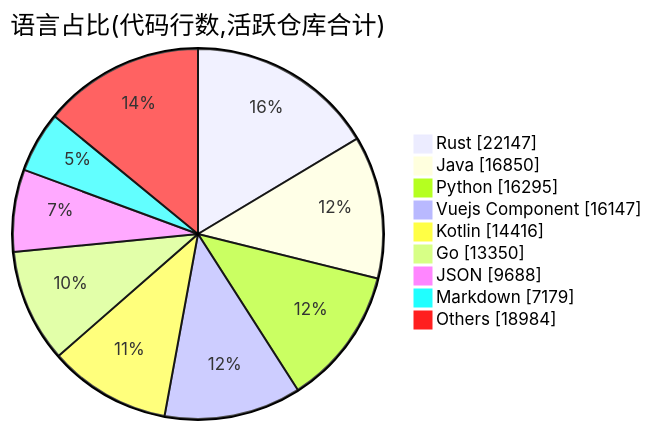
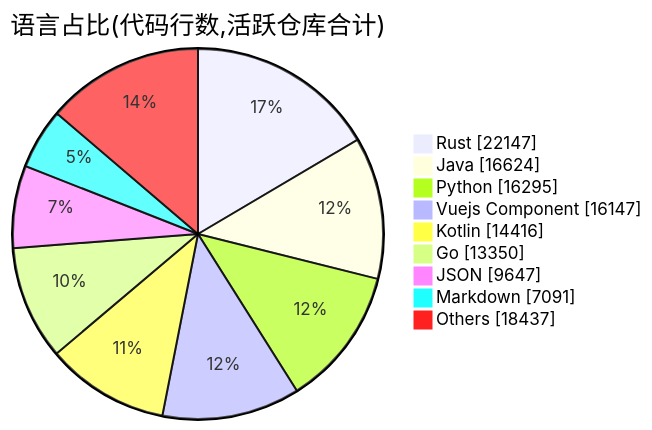
One commit to Conflux-Union/.github changed the second of 2 diagrams in profile/README.md. Above: the diagram before and after it, drawn with Mermaid. The commit also changed other lines of this file and 1 other file, not shown here.

````diff
--- a/profile/README.md
+++ b/profile/README.md
@@ -78,13 +76,13 @@
 ```mermaid
 pie showData
     title 语言占比(代码行数,活跃仓库合计)
     "Rust" : 22147
-    "Java" : 16850
+    "Java" : 16624
     "Python" : 16295
     "Vuejs Component" : 16147
     "Kotlin" : 14416
     "Go" : 13350
-    "JSON" : 9688
-    "Markdown" : 7179
-    "Others" : 18984
+    "JSON" : 9647
+    "Markdown" : 7091
+    "Others" : 18437
 ```
````
